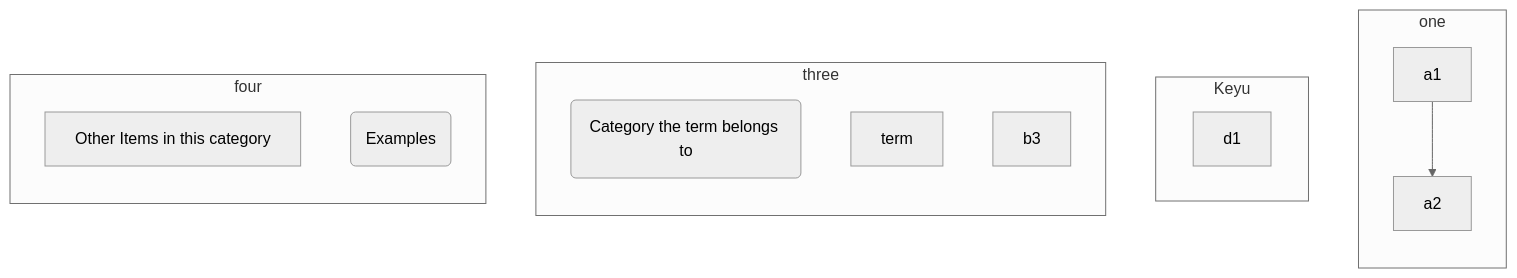
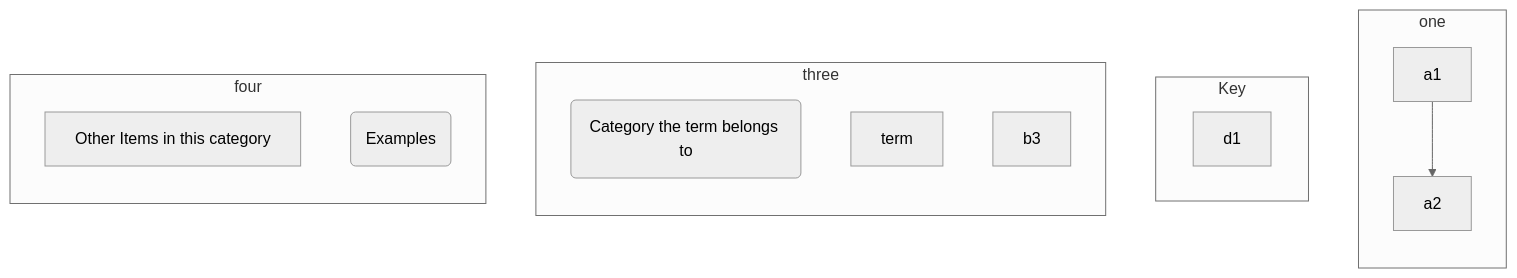
One commit to gerbssusd/dok changed the diagram in slides.md. Above: the diagram before and after it, drawn with Mermaid (neutral theme).

````diff
--- a/slides.md
+++ b/slides.md
@@ -217,27 +217,27 @@
 ```mermaid
 flowchart TB
     subgraph one 
      direction TB
     a1-->a2
      end
-    subgraph Keyu 
+    subgraph Key 
      d1
      end
     subgraph three
       direction TB
         b1(Category the term belongs to)
         b2[term]
         b3 
         end
     subgraph four
       direction TB
     c1[Other Items in this category] 
     c2(Examples)
     end
 
 
 
 
 
 
 ```
````
